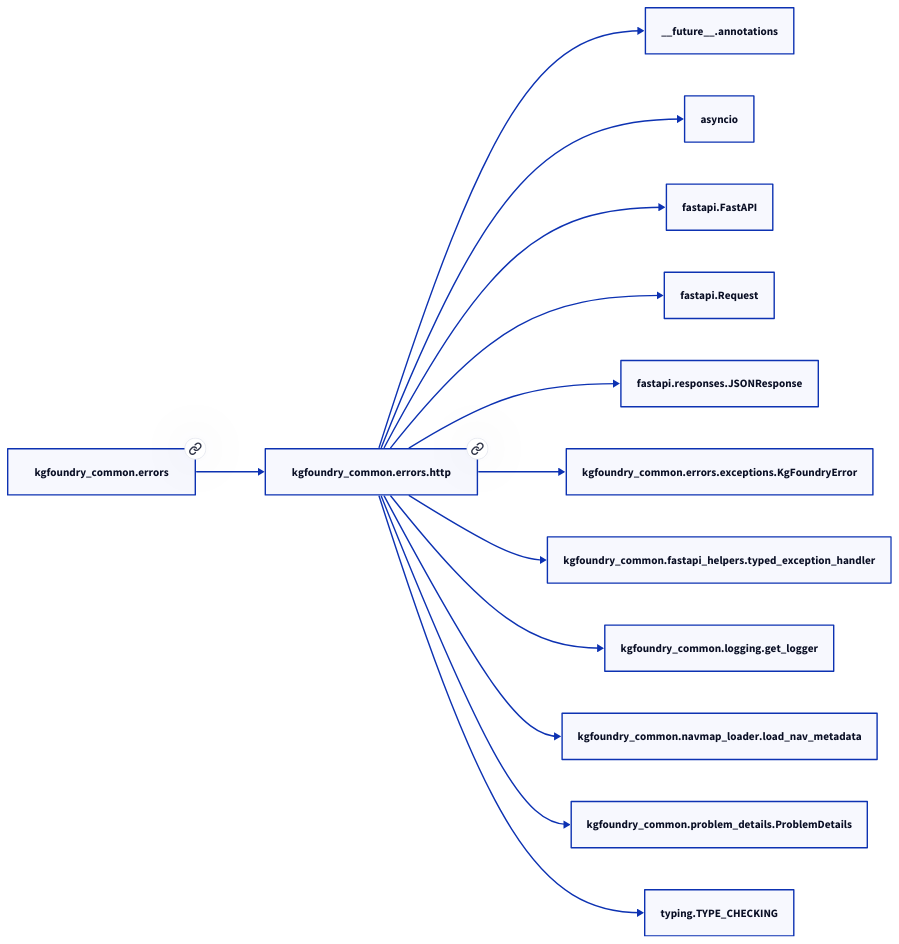
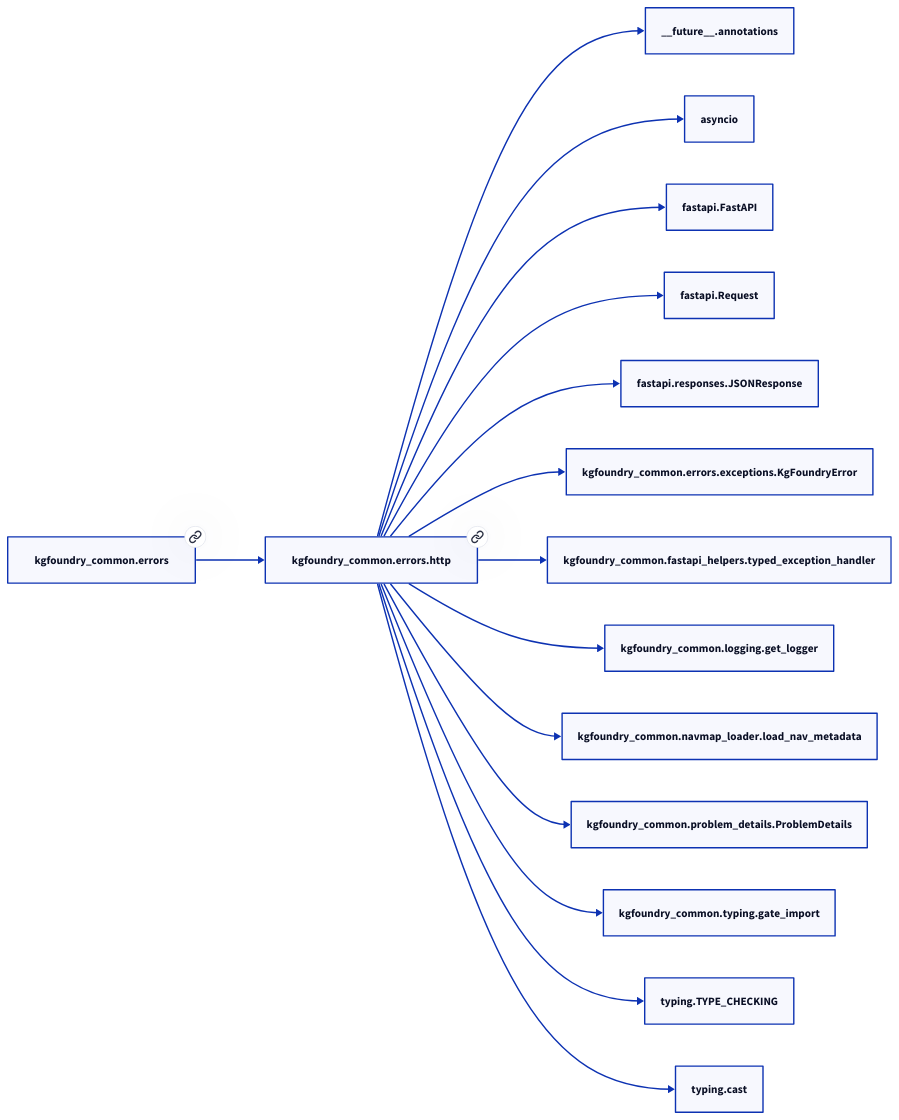
The diagram in docs/modules/kgfoundry_common/errors/http.md (paul-heyse/kgforge), drawn with D2 before and after one commit. The commit also changed other lines of this file and 107 other files, not shown here.

````diff
--- a/docs/modules/kgfoundry_common/errors/http.md
+++ b/docs/modules/kgfoundry_common/errors/http.md
@@ -36,28 +36,32 @@
 ```d2
 direction: right
 "kgfoundry_common.errors.http": "kgfoundry_common.errors.http" { link: "https://github.com/paul-heyse/kgfoundry/blob/main/src/kgfoundry_common/errors/http.py" }
 "__future__.annotations": "__future__.annotations"
 "kgfoundry_common.errors.http" -> "__future__.annotations"
 "asyncio": "asyncio"
 "kgfoundry_common.errors.http" -> "asyncio"
 "fastapi.FastAPI": "fastapi.FastAPI"
 "kgfoundry_common.errors.http" -> "fastapi.FastAPI"
 "fastapi.Request": "fastapi.Request"
 "kgfoundry_common.errors.http" -> "fastapi.Request"
 "fastapi.responses.JSONResponse": "fastapi.responses.JSONResponse"
 "kgfoundry_common.errors.http" -> "fastapi.responses.JSONResponse"
 "kgfoundry_common.errors.exceptions.KgFoundryError": "kgfoundry_common.errors.exceptions.KgFoundryError"
 "kgfoundry_common.errors.http" -> "kgfoundry_common.errors.exceptions.KgFoundryError"
 "kgfoundry_common.fastapi_helpers.typed_exception_handler": "kgfoundry_common.fastapi_helpers.typed_exception_handler"
 "kgfoundry_common.errors.http" -> "kgfoundry_common.fastapi_helpers.typed_exception_handler"
 "kgfoundry_common.logging.get_logger": "kgfoundry_common.logging.get_logger"
 "kgfoundry_common.errors.http" -> "kgfoundry_common.logging.get_logger"
 "kgfoundry_common.navmap_loader.load_nav_metadata": "kgfoundry_common.navmap_loader.load_nav_metadata"
 "kgfoundry_common.errors.http" -> "kgfoundry_common.navmap_loader.load_nav_metadata"
 "kgfoundry_common.problem_details.ProblemDetails": "kgfoundry_common.problem_details.ProblemDetails"
 "kgfoundry_common.errors.http" -> "kgfoundry_common.problem_details.ProblemDetails"
+"kgfoundry_common.typing.gate_import": "kgfoundry_common.typing.gate_import"
+"kgfoundry_common.errors.http" -> "kgfoundry_common.typing.gate_import"
 "typing.TYPE_CHECKING": "typing.TYPE_CHECKING"
 "kgfoundry_common.errors.http" -> "typing.TYPE_CHECKING"
+"typing.cast": "typing.cast"
+"kgfoundry_common.errors.http" -> "typing.cast"
 "kgfoundry_common.errors": "kgfoundry_common.errors" { link: "https://github.com/paul-heyse/kgfoundry/blob/main/src/kgfoundry_common/errors/__init__.py" }
 "kgfoundry_common.errors" -> "kgfoundry_common.errors.http" { style: dashed }
 ```
````
